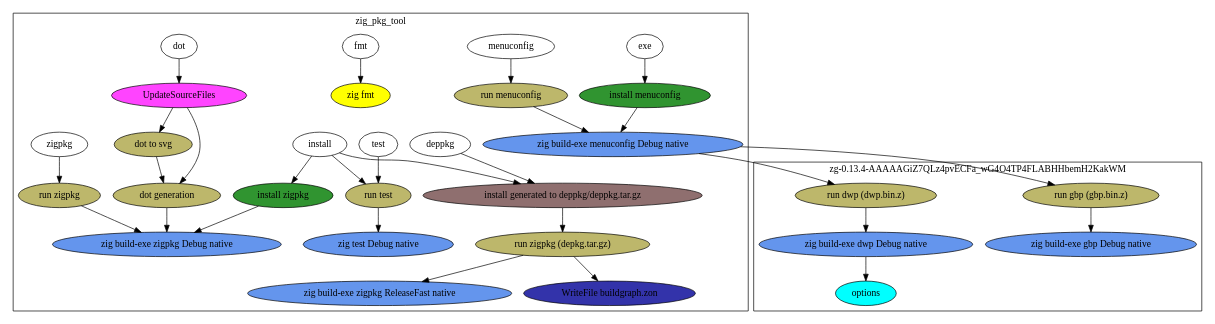
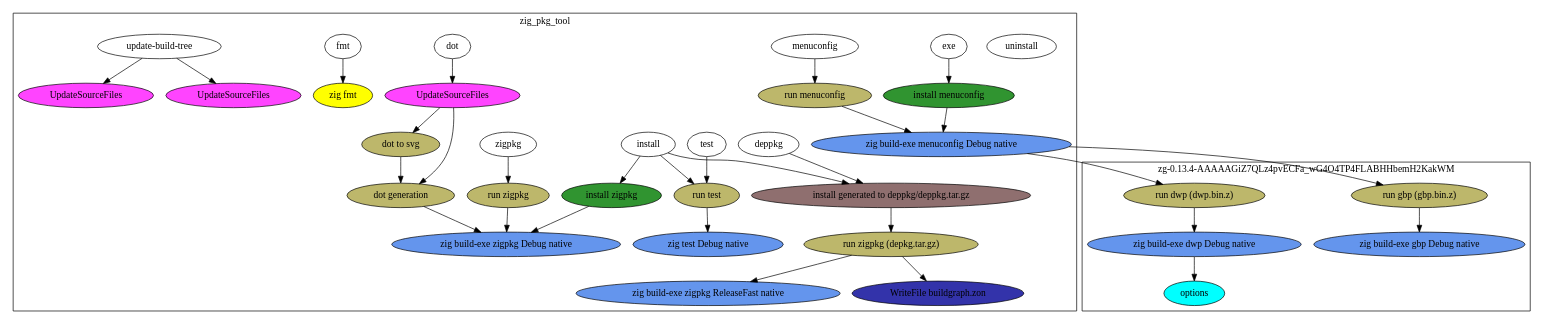
Before and after one commit to dasimmet/zig_pkg_tool: the diagram in graph.dot, drawn with Graphviz. The commit also changed 2 other files, not shown here.

Commit message:
update dot build step

```diff
--- a/graph.dot
+++ b/graph.dot
@@ -1,95 +1,117 @@
 digraph {
-"N0" [label="install", style="filled", fillcolor="#ffffff", group="G0", tooltip="zig_pkg_tool"]
+"N0" [label="install", style="filled", fillcolor="#ffffff", group="G0", tooltip=""]
 "N0" -> "N1"
-"N0" -> "N2"
-"N0" -> "N3"
-"N1" [label="install generated to deppkg/deppkg.tar.gz", style="filled", fillcolor="#8f6f6f", group="G0", tooltip="zig_pkg_tool"]
-"N1" -> "N4"
-"N4" [label="run zigpkg (depkg.tar.gz)", style="filled", fillcolor="#bdb76b", group="G0", tooltip="zig_pkg_tool"]
-"N4" -> "N5"
-"N4" -> "N6"
-"N5" [label="zig build-exe zigpkg ReleaseFast native", style="filled", fillcolor="#6495ed", group="G0", tooltip="zig_pkg_tool"]
-"N6" [label="WriteFile buildgraph.zon", style="filled", fillcolor="#3333aa", group="G0", tooltip="zig_pkg_tool"]
-"N2" [label="install zigpkg", style="filled", fillcolor="#309430", group="G0", tooltip="zig_pkg_tool"]
-"N2" -> "N7"
-"N7" [label="zig build-exe zigpkg Debug native", style="filled", fillcolor="#6495ed", group="G0", tooltip="zig_pkg_tool"]
-"N3" [label="run test", style="filled", fillcolor="#bdb76b", group="G0", tooltip="zig_pkg_tool"]
-"N3" -> "N8"
-"N8" [label="zig test Debug native", style="filled", fillcolor="#6495ed", group="G0", tooltip="zig_pkg_tool"]
-"N9" [label="deppkg", style="filled", fillcolor="#ffffff", group="G0", tooltip="zig_pkg_tool"]
-"N9" -> "N1"
-"N10" [label="dot", style="filled", fillcolor="#ffffff", group="G0", tooltip="zig_pkg_tool"]
+"N0" -> "N5"
+"N0" -> "N7"
+"N1" [label="install generated to deppkg/deppkg.tar.gz", style="filled", fillcolor="#8f6f6f", group="G0", tooltip=""]
+"N1" -> "N2"
+"N2" [label="run zigpkg (depkg.tar.gz)", style="filled", fillcolor="#bdb76b", group="G0", tooltip=""]
+"N2" -> "N3"
+"N2" -> "N4"
+"N3" [label="zig build-exe zigpkg ReleaseFast native", style="filled", fillcolor="#6495ed", group="G0", tooltip=""]
+"N4" [label="WriteFile buildgraph.zon", style="filled", fillcolor="#3333aa", group="G0", tooltip=""]
+"N5" [label="install zigpkg", style="filled", fillcolor="#309430", group="G0", tooltip=""]
+"N5" -> "N6"
+"N6" [label="zig build-exe zigpkg Debug native", style="filled", fillcolor="#6495ed", group="G0", tooltip=""]
+"N7" [label="run test", style="filled", fillcolor="#bdb76b", group="G0", tooltip=""]
+"N7" -> "N8"
+"N8" [label="zig test Debug native", style="filled", fillcolor="#6495ed", group="G0", tooltip=""]
+"N9" [label="uninstall", style="filled", fillcolor="#ffffff", group="G0", tooltip=""]
+"N10" [label="exe", style="filled", fillcolor="#ffffff", group="G0", tooltip=""]
 "N10" -> "N11"
-"N11" [label="UpdateSourceFiles", style="filled", fillcolor="#ff44ff", group="G0", tooltip="zig_pkg_tool"]
+"N11" [label="install menuconfig", style="filled", fillcolor="#309430", group="G0", tooltip=""]
 "N11" -> "N12"
-"N11" -> "N13"
-"N12" [label="dot generation", style="filled", fillcolor="#bdb76b", group="G0", tooltip="zig_pkg_tool"]
-"N12" -> "N7"
-"N13" [label="dot to svg", style="filled", fillcolor="#bdb76b", group="G0", tooltip="zig_pkg_tool"]
-"N13" -> "N12"
-"N14" [label="exe", style="filled", fillcolor="#ffffff", group="G0", tooltip="zig_pkg_tool"]
-"N14" -> "N15"
-"N15" [label="install menuconfig", style="filled", fillcolor="#309430", group="G0", tooltip="zig_pkg_tool"]
+"N12" [label="zig build-exe menuconfig Debug native", style="filled", fillcolor="#6495ed", group="G0", tooltip=""]
+"N12" -> "N13"
+"N12" -> "N15"
+"N13" [label="run gbp (gbp.bin.z)", style="filled", fillcolor="#bdb76b", group="G3", tooltip=""]
+"N13" -> "N14"
+"N14" [label="zig build-exe gbp Debug native", style="filled", fillcolor="#6495ed", group="G3", tooltip=""]
+"N15" [label="run dwp (dwp.bin.z)", style="filled", fillcolor="#bdb76b", group="G3", tooltip=""]
 "N15" -> "N16"
-"N16" [label="zig build-exe menuconfig Debug native", style="filled", fillcolor="#6495ed", group="G0", tooltip="zig_pkg_tool"]
+"N16" [label="zig build-exe dwp Debug native", style="filled", fillcolor="#6495ed", group="G3", tooltip=""]
 "N16" -> "N17"
-"N16" -> "N18"
-"N17" [label="run gbp (gbp.bin.z)", style="filled", fillcolor="#bdb76b", group="G1", tooltip="zg-0.13.4-AAAAAGiZ7QLz4pvECFa_wG4O4TP4FLABHHbemH2KakWM"]
-"N17" -> "N19"
-"N19" [label="zig build-exe gbp Debug native", style="filled", fillcolor="#6495ed", group="G1", tooltip="zg-0.13.4-AAAAAGiZ7QLz4pvECFa_wG4O4TP4FLABHHbemH2KakWM"]
-"N18" [label="run dwp (dwp.bin.z)", style="filled", fillcolor="#bdb76b", group="G1", tooltip="zg-0.13.4-AAAAAGiZ7QLz4pvECFa_wG4O4TP4FLABHHbemH2KakWM"]
-"N18" -> "N20"
-"N20" [label="zig build-exe dwp Debug native", style="filled", fillcolor="#6495ed", group="G1", tooltip="zg-0.13.4-AAAAAGiZ7QLz4pvECFa_wG4O4TP4FLABHHbemH2KakWM"]
-"N20" -> "N21"
-"N21" [label="options", style="filled", fillcolor="#00ffff", group="G1", tooltip="zg-0.13.4-AAAAAGiZ7QLz4pvECFa_wG4O4TP4FLABHHbemH2KakWM"]
-"N22" [label="fmt", style="filled", fillcolor="#ffffff", group="G0", tooltip="zig_pkg_tool"]
-"N22" -> "N23"
-"N23" [label="zig fmt", style="filled", fillcolor="#ffff00", group="G0", tooltip="zig_pkg_tool"]
-"N24" [label="menuconfig", style="filled", fillcolor="#ffffff", group="G0", tooltip="zig_pkg_tool"]
+"N17" [label="options", style="filled", fillcolor="#00ffff", group="G3", tooltip=""]
+"N18" [label="menuconfig", style="filled", fillcolor="#ffffff", group="G0", tooltip=""]
+"N18" -> "N19"
+"N19" [label="run menuconfig", style="filled", fillcolor="#bdb76b", group="G0", tooltip=""]
+"N19" -> "N12"
+"N20" [label="deppkg", style="filled", fillcolor="#ffffff", group="G0", tooltip=""]
+"N20" -> "N1"
+"N21" [label="zigpkg", style="filled", fillcolor="#ffffff", group="G0", tooltip=""]
+"N21" -> "N22"
+"N22" [label="run zigpkg", style="filled", fillcolor="#bdb76b", group="G0", tooltip=""]
+"N22" -> "N6"
+"N23" [label="test", style="filled", fillcolor="#ffffff", group="G0", tooltip=""]
+"N23" -> "N7"
+"N24" [label="dot", style="filled", fillcolor="#ffffff", group="G0", tooltip=""]
 "N24" -> "N25"
-"N25" [label="run menuconfig", style="filled", fillcolor="#bdb76b", group="G0", tooltip="zig_pkg_tool"]
-"N25" -> "N16"
-"N26" [label="test", style="filled", fillcolor="#ffffff", group="G0", tooltip="zig_pkg_tool"]
-"N26" -> "N3"
-"N27" [label="zigpkg", style="filled", fillcolor="#ffffff", group="G0", tooltip="zig_pkg_tool"]
-"N27" -> "N28"
-"N28" [label="run zigpkg", style="filled", fillcolor="#bdb76b", group="G0", tooltip="zig_pkg_tool"]
-"N28" -> "N7"
+"N25" [label="UpdateSourceFiles", style="filled", fillcolor="#ff44ff", group="G0", tooltip=""]
+"N25" -> "N26"
+"N25" -> "N27"
+"N26" [label="dot generation", style="filled", fillcolor="#bdb76b", group="G0", tooltip=""]
+"N26" -> "N6"
+"N27" [label="dot to svg", style="filled", fillcolor="#bdb76b", group="G0", tooltip=""]
+"N27" -> "N26"
+"N28" [label="fmt", style="filled", fillcolor="#ffffff", group="G0", tooltip=""]
+"N28" -> "N29"
+"N29" [label="zig fmt", style="filled", fillcolor="#ffff00", group="G0", tooltip=""]
+"N30" [label="update-build-tree", style="filled", fillcolor="#ffffff", group="G0", tooltip=""]
+"N30" -> "N31"
+"N30" -> "N32"
+"N31" [label="UpdateSourceFiles", style="filled", fillcolor="#ff44ff", group="G0", tooltip=""]
+"N32" [label="UpdateSourceFiles", style="filled", fillcolor="#ff44ff", group="G0", tooltip=""]
 subgraph cluster_0 {
   cluster = true
   label = "zig_pkg_tool"
   "N0"
   "N1"
   "N2"
   "N3"
   "N4"
   "N5"
   "N6"
   "N7"
   "N8"
   "N9"
   "N10"
   "N11"
   "N12"
-  "N13"
-  "N14"
-  "N15"
-  "N16"
+  "N18"
+  "N19"
+  "N20"
+  "N21"
   "N22"
   "N23"
   "N24"
   "N25"
   "N26"
   "N27"
   "N28"
+  "N29"
+  "N30"
+  "N31"
+  "N32"
 }
 subgraph cluster_1 {
   cluster = true
+  label = "vaxis-0.1.0-BWNV_BzyCADK2dn8dd4IAD2HjdgAFw34iRiNMX00-14g"
+}
+subgraph cluster_2 {
+  cluster = true
+  label = "zigimg-0.1.0-lly-O-NTEABwkjg9_WM4uLQr_TtL-7jp375PsZJyugGN"
+}
+subgraph cluster_3 {
+  cluster = true
   label = "zg-0.13.4-AAAAAGiZ7QLz4pvECFa_wG4O4TP4FLABHHbemH2KakWM"
+  "N13"
+  "N14"
+  "N15"
+  "N16"
   "N17"
-  "N18"
-  "N19"
-  "N20"
-  "N21"
+}
+subgraph cluster_4 {
+  cluster = true
+  label = "known_folders-0.0.0-Fy-PJtLDAADGDOwYwMkVydMSTp_aN-nfjCZw6qPQ2ECL"
 }
 }
```
